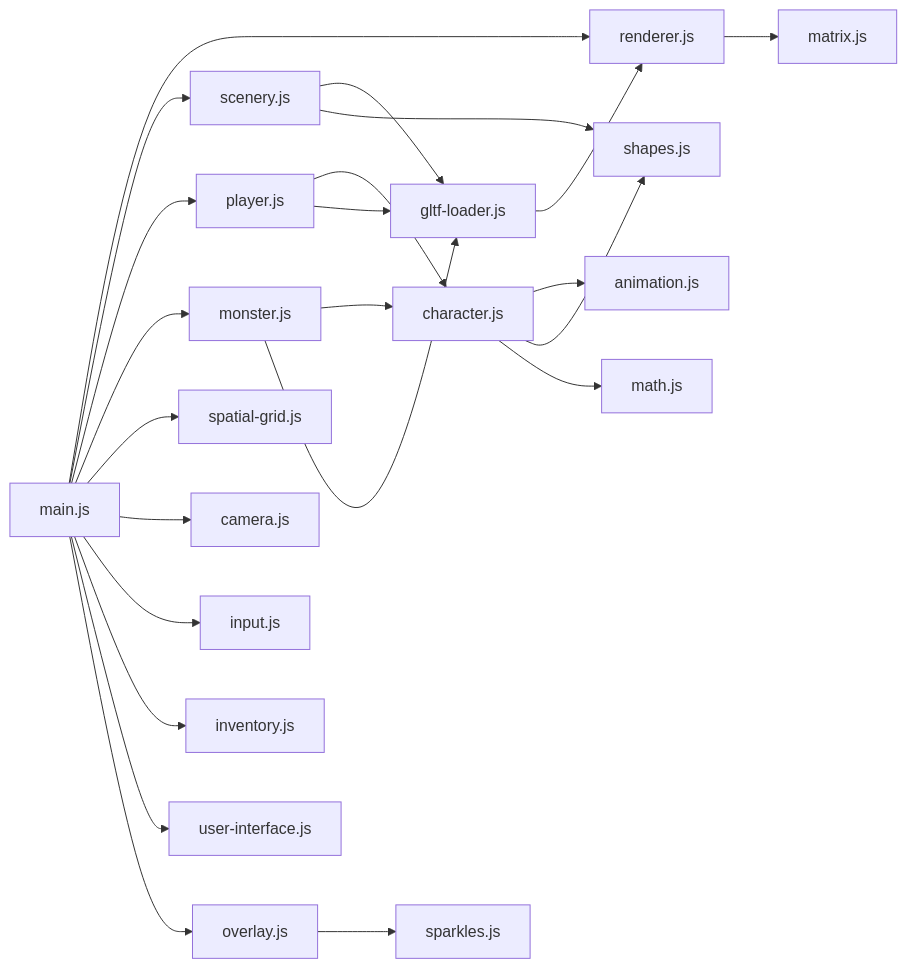
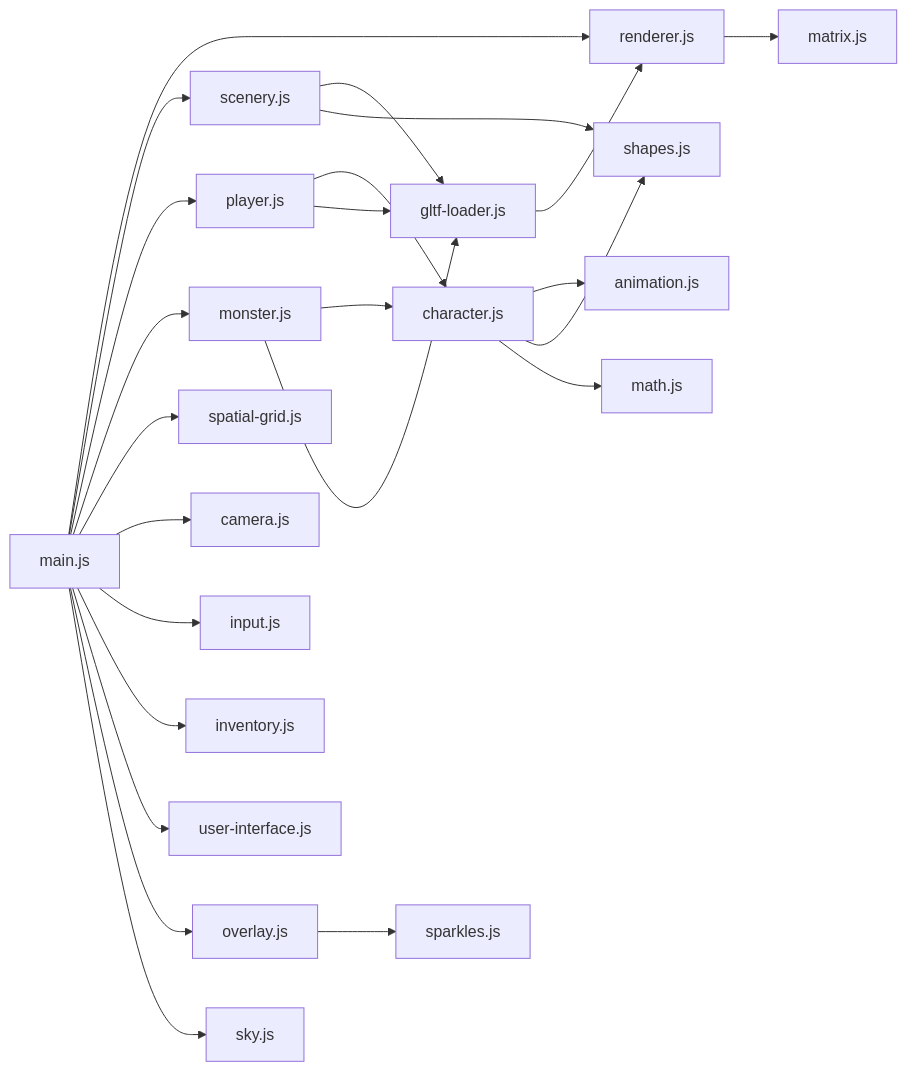
Before and after one commit to rockie-yang/Quick_3D_RPG: the second of 2 diagrams in docs/03-architecture.md, drawn with Mermaid. The commit also changed other lines of this file and 20 other files, not shown here.

````diff
--- a/docs/03-architecture.md
+++ b/docs/03-architecture.md
@@ -114,20 +117,21 @@
 ```mermaid
 flowchart LR
     Main["main.js"] --> Renderer["renderer.js"] --> Matrix["matrix.js"]
     Main --> Scenery["scenery.js"] --> GltfLoader["gltf-loader.js"]
     Main --> Player["player.js"] --> Character["character.js"]
     Main --> Monster["monster.js"] --> Character
     Monster --> GltfLoader
     Player --> GltfLoader
     Main --> Grid["spatial-grid.js"]
     Character --> Animation["animation.js"]
     Main --> Camera["camera.js"]
     Main --> Input["input.js"]
     Main --> Inventory["inventory.js"]
     Main --> UserInterface["user-interface.js"]
     Main --> Overlay["overlay.js"] --> Sparkles["sparkles.js"]
+    Main --> Sky["sky.js"]
     Scenery --> Shapes["shapes.js"]
     Character --> Shapes
     GltfLoader --> Renderer
     Character --> MathFile["math.js"]
 ```
````
